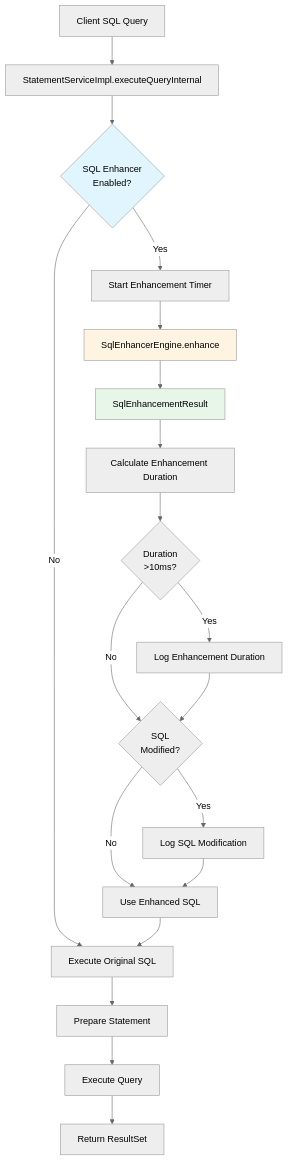
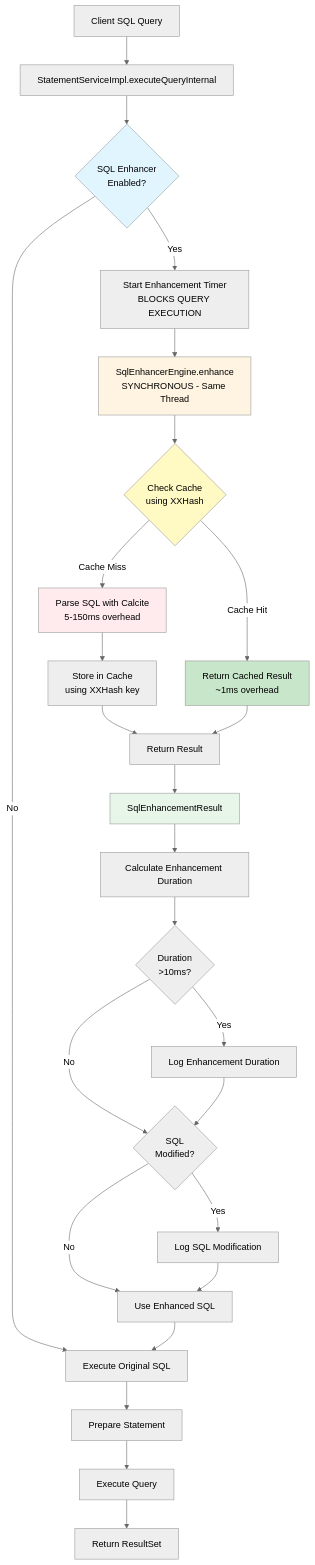
Before and after one commit to jenspapenhagen/ojp: the first of 9 diagrams in documents/analysis/SQL_ENHANCER_ENGINE_ANALYSIS.md, drawn with Mermaid (neutral theme). The commit also changed other lines of this file and 3 other files, not shown here.

Commit message:
Remove log file, update cache to use XXHash and ConcurrentHashMap, clarify execution flow diagrams

````diff
--- a/documents/analysis/SQL_ENHANCER_ENGINE_ANALYSIS.md
+++ b/documents/analysis/SQL_ENHANCER_ENGINE_ANALYSIS.md
@@ -232,30 +234,42 @@
 ```mermaid
 flowchart TD
     Start[Client SQL Query] --> Entry[StatementServiceImpl.executeQueryInternal]
     Entry --> CheckEnabled{SQL Enhancer<br/>Enabled?}
     
     CheckEnabled -->|No| DirectExec[Execute Original SQL]
-    CheckEnabled -->|Yes| StartTiming[Start Enhancement Timer]
+    CheckEnabled -->|Yes| StartTiming[Start Enhancement Timer<br/>BLOCKS QUERY EXECUTION]
     
-    StartTiming --> Enhance[SqlEnhancerEngine.enhance]
-    Enhance --> EnhanceResult[SqlEnhancementResult]
+    StartTiming --> Enhance[SqlEnhancerEngine.enhance<br/>SYNCHRONOUS - Same Thread]
+    
+    Enhance --> CacheCheck{Check Cache<br/>using XXHash}
+    CacheCheck -->|Cache Hit| FastPath[Return Cached Result<br/>~1ms overhead]
+    CacheCheck -->|Cache Miss| Parse[Parse SQL with Calcite<br/>5-150ms overhead]
+    
+    Parse --> CacheResult[Store in Cache<br/>using XXHash key]
+    CacheResult --> ParseDone[Return Result]
+    FastPath --> ParseDone
+    
+    ParseDone --> EnhanceResult[SqlEnhancementResult]
     EnhanceResult --> StopTiming[Calculate Enhancement Duration]
     
     StopTiming --> LogIfLong{Duration<br/>>10ms?}
     LogIfLong -->|Yes| LogDuration[Log Enhancement Duration]
     LogIfLong -->|No| CheckModified{SQL<br/>Modified?}
     
     LogDuration --> CheckModified
     CheckModified -->|Yes| LogMod[Log SQL Modification]
     CheckModified -->|No| UseSQL[Use Enhanced SQL]
     
     LogMod --> UseSQL
     UseSQL --> DirectExec
     DirectExec --> PrepStmt[Prepare Statement]
     PrepStmt --> Execute[Execute Query]
     Execute --> Return[Return ResultSet]
     
     style CheckEnabled fill:#e1f5ff
     style Enhance fill:#fff4e1
+    style FastPath fill:#c8e6c9
+    style Parse fill:#ffebee
     style EnhanceResult fill:#e8f5e9
+    style CacheCheck fill:#fff9c4
 ```
````
